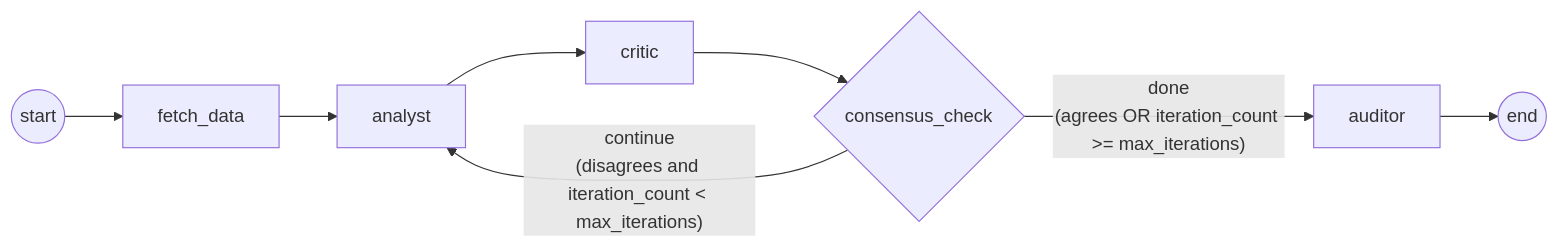
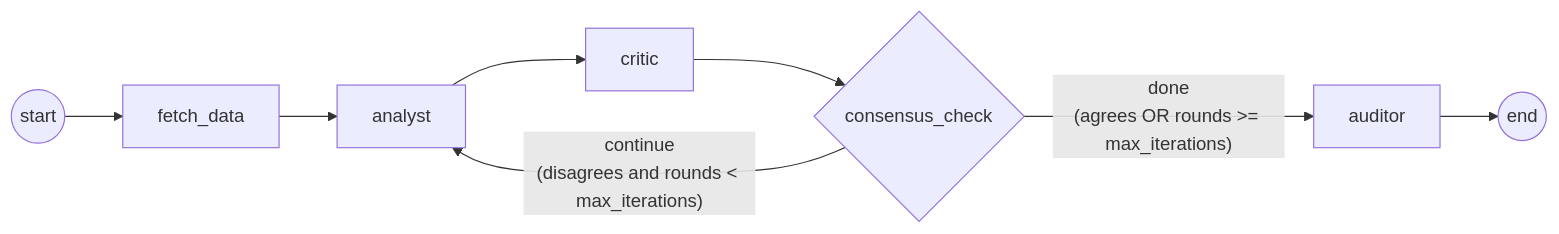
One commit to vishwas-png/financial-consensus-agent changed the first of 3 diagrams in docs/DESIGN.md. Above: the diagram before and after it, drawn with Mermaid. The commit also changed other lines of this file and 4 other files, not shown here.

````diff
--- a/docs/DESIGN.md
+++ b/docs/DESIGN.md
@@ -20,10 +20,10 @@
 ```mermaid
 flowchart LR
     START((start)) --> fetch_data
     fetch_data --> analyst
     analyst --> critic
     critic --> consensus_check{consensus_check}
-    consensus_check -- "continue<br/>(disagrees and iteration_count < max_iterations)" --> analyst
-    consensus_check -- "done<br/>(agrees OR iteration_count >= max_iterations)" --> auditor
+    consensus_check -- "continue<br/>(disagrees and rounds < max_iterations)" --> analyst
+    consensus_check -- "done<br/>(agrees OR rounds >= max_iterations)" --> auditor
     auditor --> END((end))
 ```
````
